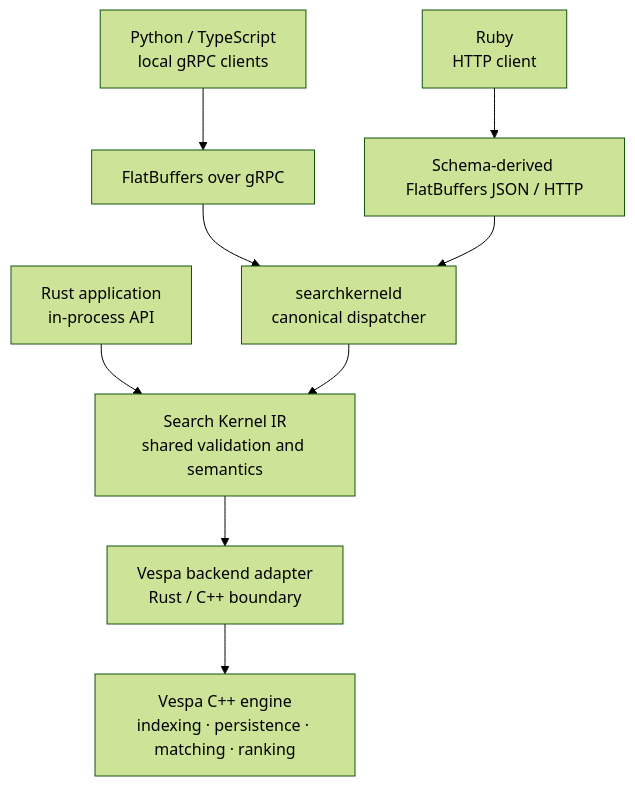
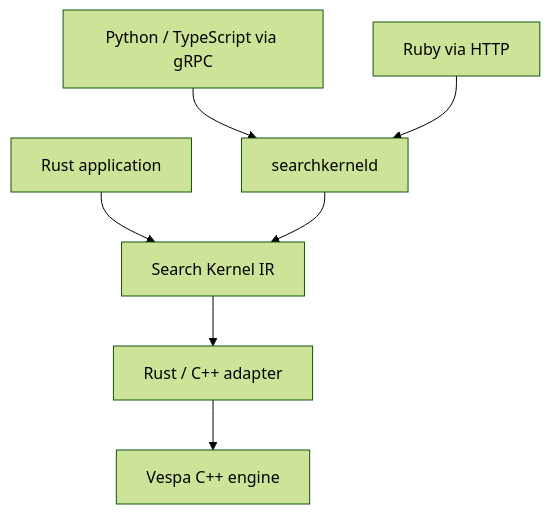
The diagram in README.md (superkelvint/searchkernel), drawn with Mermaid (forest theme) before and after one commit. The commit also changed other lines of this file, not shown here.

```diff
--- a/README.md
+++ b/README.md
@@ -97,11 +77,9 @@
 ~~~mermaid
 flowchart TD
-    Rust["Rust application<br/>in-process API"] --> IR["Search Kernel IR<br/>shared validation and semantics"]
-    Python["Python / TypeScript<br/>local gRPC clients"] --> RPC["FlatBuffers over gRPC"]
-    Ruby["Ruby<br/>HTTP client"] --> HTTP["Schema-derived FlatBuffers JSON / HTTP"]
-    RPC --> Daemon["searchkerneld<br/>canonical dispatcher"]
-    HTTP --> Daemon
+    Rust["Rust application"] --> IR["Search Kernel IR"]
+    GRPC["Python / TypeScript via gRPC"] --> Daemon["searchkerneld"]
+    HTTP["Ruby via HTTP"] --> Daemon
     Daemon --> IR
-    IR --> Adapter["Vespa backend adapter<br/>Rust / C++ boundary"]
-    Adapter --> Engine["Vespa C++ engine<br/>indexing · persistence · matching · ranking"]
+    IR --> Adapter["Rust / C++ adapter"]
+    Adapter --> Vespa["Vespa C++ engine"]
 ~~~
```
